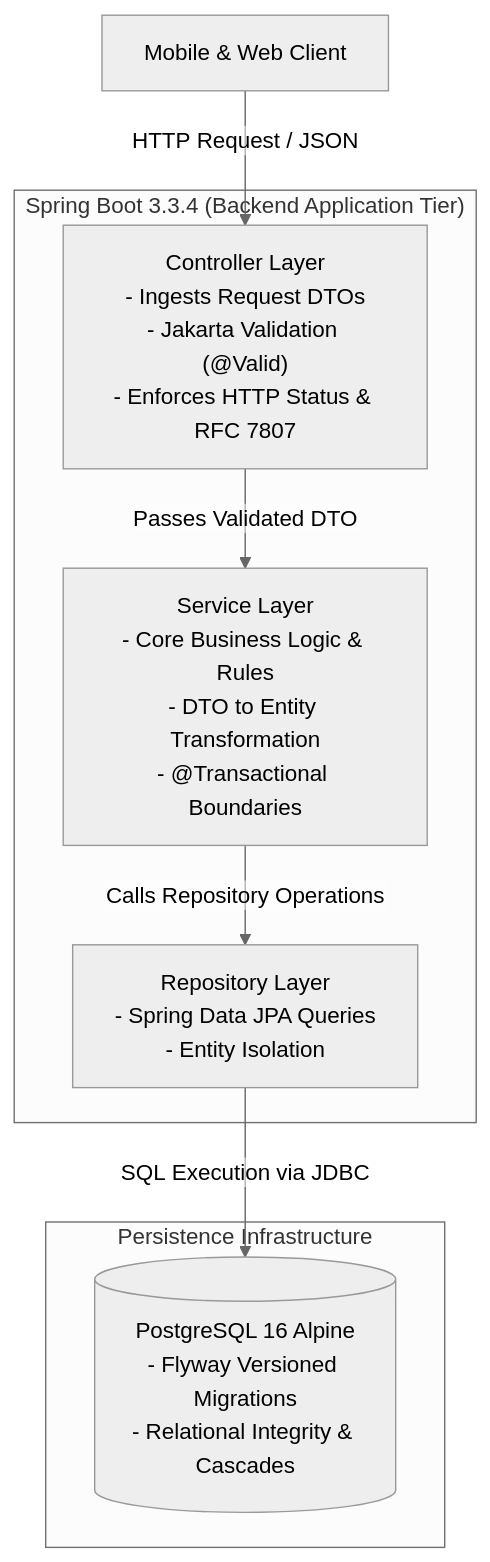
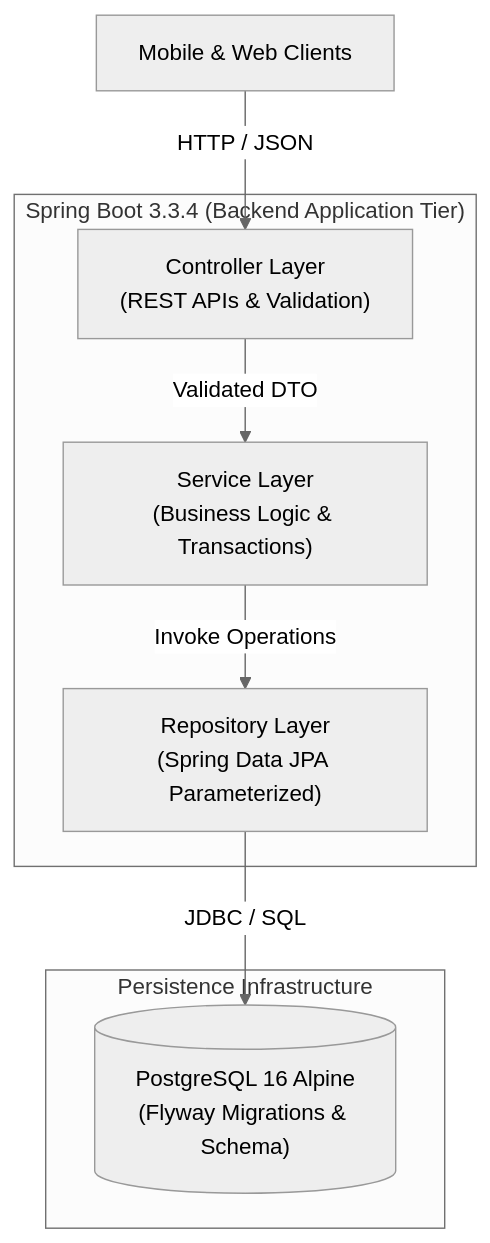
The first of 3 diagrams in README.md (Varian08/smart-local-planner), drawn with Mermaid (neutral theme) before and after one commit. The commit also changed other lines of this file and 4 other files, not shown here.

Commit message:
docs: standardize enterprise architecture diagrams and decouple node details into structured markdown tables

````diff
--- a/README.md
+++ b/README.md
@@ -67,20 +67,19 @@
 ```mermaid
-%%{init: {'flowchart': {'htmlLabels': false}}}%%
 flowchart TD
-    Client["Mobile & Web Client"] -->|"HTTP Request / JSON"| Controller
+    Client["Mobile & Web Clients"] -->|"HTTP / JSON"| Controller
 
     subgraph BackendApp ["Spring Boot 3.3.4 (Backend Application Tier)"]
-        Controller["Controller Layer<br/>- Ingests Request DTOs<br/>- Jakarta Validation (@Valid)<br/>- Enforces HTTP Status & RFC 7807"]
-        Service["Service Layer<br/>- Core Business Logic & Rules<br/>- DTO to Entity Transformation<br/>- @Transactional Boundaries"]
-        Repository["Repository Layer<br/>- Spring Data JPA Queries<br/>- Entity Isolation"]
+        Controller["Controller Layer<br/>(REST APIs & Validation)"]
+        Service["Service Layer<br/>(Business Logic & Transactions)"]
+        Repository["Repository Layer<br/>(Spring Data JPA Parameterized)"]
         
-        Controller -->|"Passes Validated DTO"| Service
-        Service -->|"Calls Repository Operations"| Repository
+        Controller -->|"Validated DTO"| Service
+        Service -->|"Invoke Operations"| Repository
     end
 
     subgraph PersistenceTier ["Persistence Infrastructure"]
-        Postgres[("PostgreSQL 16 Alpine<br/>- Flyway Versioned Migrations<br/>- Relational Integrity & Cascades")]
+        Postgres[("PostgreSQL 16 Alpine<br/>(Flyway Migrations & Schema)")]
     end
 
-    Repository -->|"SQL Execution via JDBC"| Postgres
+    Repository -->|"JDBC / SQL"| Postgres
 ```
````
